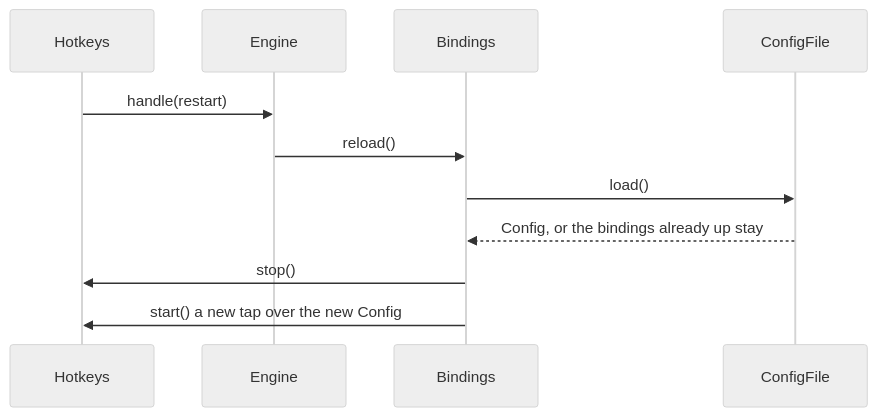
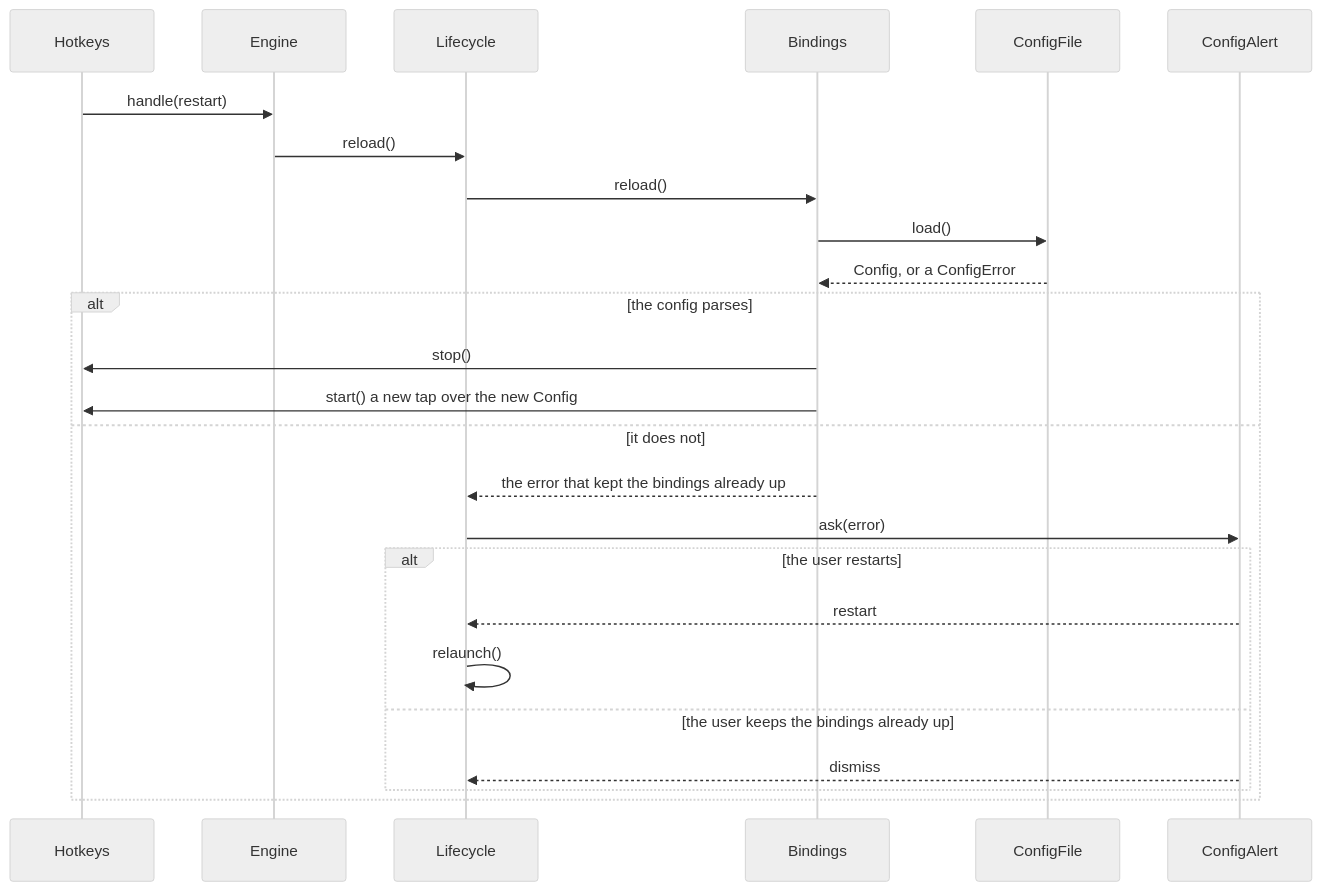
One commit to brennovich/ottowm changed diagram 13 of 18 in ARCHITECTURE.md. Above: the diagram before and after it, drawn with Mermaid (neutral theme). The commit also changed other lines of this file and 8 other files, not shown here.

First line of the commit message:
Show the config error when a reload rejects it

````diff
--- a/ARCHITECTURE.md
+++ b/ARCHITECTURE.md
@@ -299,9 +303,21 @@
 ```mermaid
 sequenceDiagram
     Hotkeys->>Engine: handle(restart)
-    Engine->>Bindings: reload()
+    Engine->>Lifecycle: reload()
+    Lifecycle->>Bindings: reload()
     Bindings->>ConfigFile: load()
-    ConfigFile-->>Bindings: Config, or the bindings already up stay
-    Bindings->>Hotkeys: stop()
-    Bindings->>Hotkeys: start() a new tap over the new Config
+    ConfigFile-->>Bindings: Config, or a ConfigError
+    alt the config parses
+        Bindings->>Hotkeys: stop()
+        Bindings->>Hotkeys: start() a new tap over the new Config
+    else it does not
+        Bindings-->>Lifecycle: the error that kept the bindings already up
+        Lifecycle->>ConfigAlert: ask(error)
+        alt the user restarts
+            ConfigAlert-->>Lifecycle: restart
+            Lifecycle->>Lifecycle: relaunch()
+        else the user keeps the bindings already up
+            ConfigAlert-->>Lifecycle: dismiss
+        end
+    end
 ```
````
